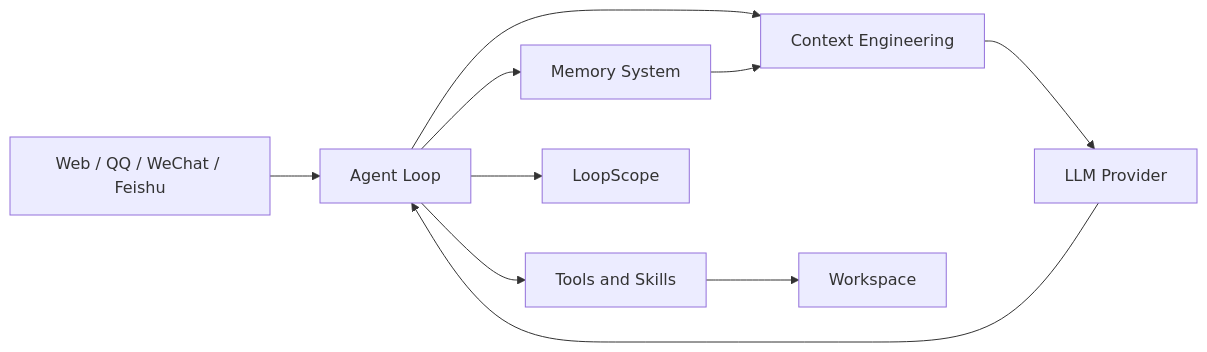
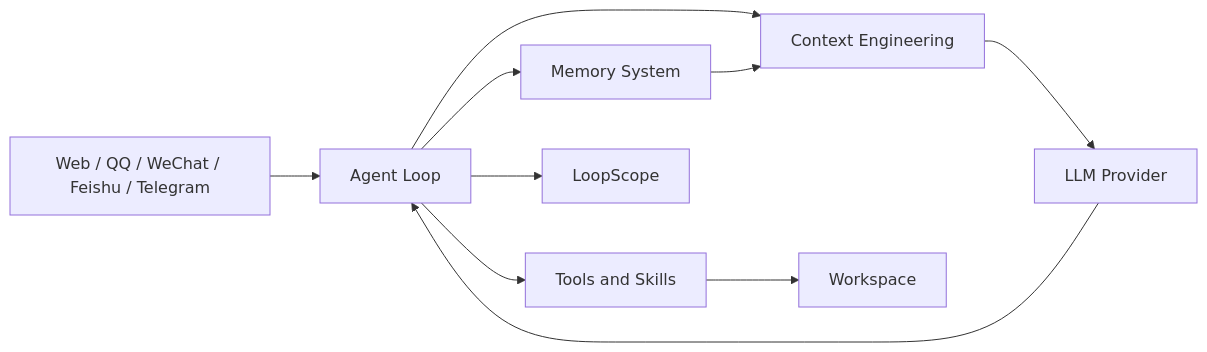
Before and after one commit to Coffeiz/Gugu-web: the first of 2 diagrams in README_en.md, drawn with Mermaid. The commit also changed other lines of this file and 304 other files, not shown here.

````diff
--- a/README_en.md
+++ b/README_en.md
@@ -271,12 +276,12 @@
 ```mermaid
 flowchart LR
-    C[Web / QQ / WeChat / Feishu] --> A[Agent Loop]
+    C[Web / QQ / WeChat / Feishu / Telegram] --> A[Agent Loop]
     A --> X[Context Engineering]
     X --> L[LLM Provider]
     L --> A
     A --> T[Tools and Skills]
     T --> W[Workspace]
     A --> M[Memory System]
     M --> X
     A --> O[LoopScope]
 ```
````
